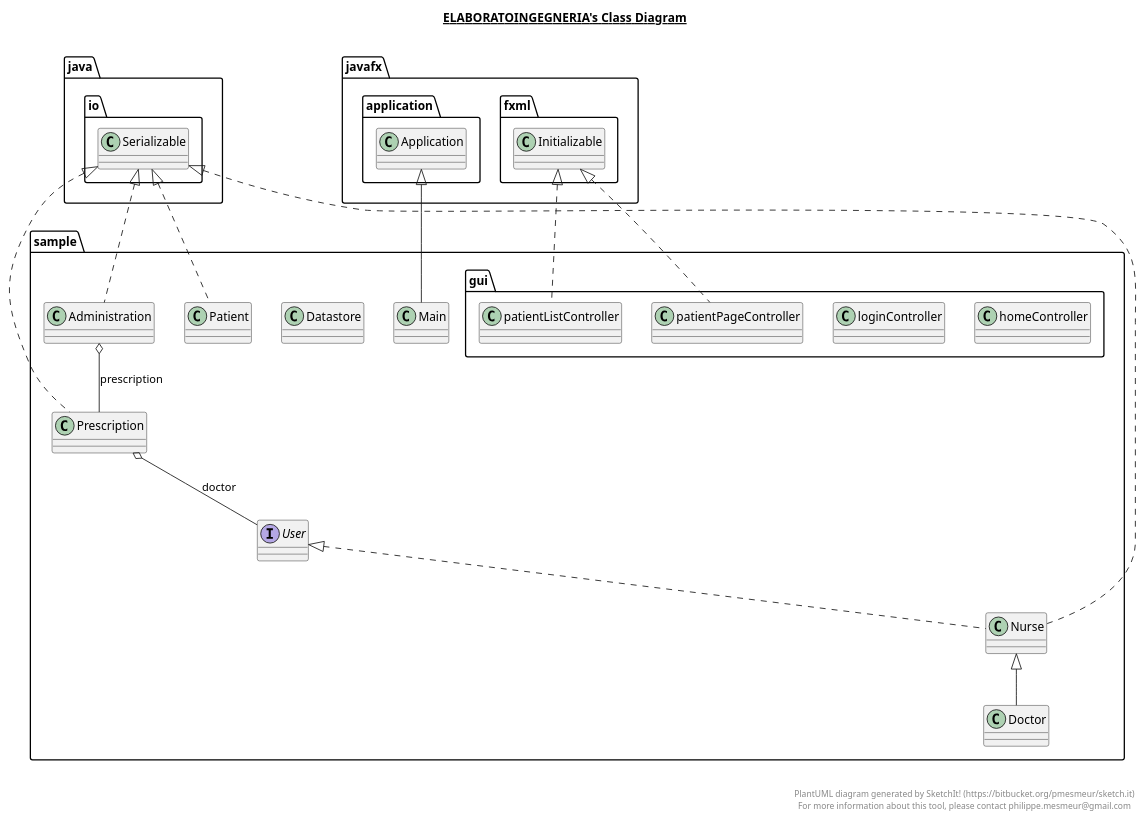
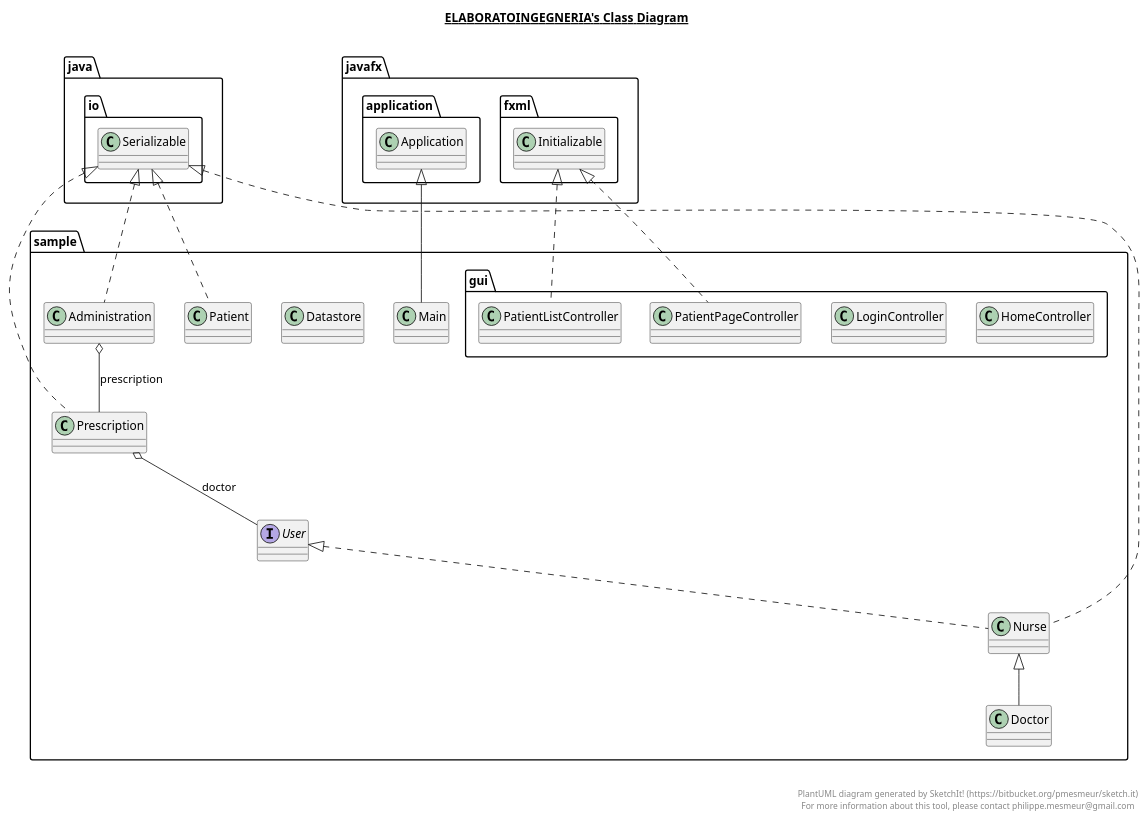
Before and after one commit to AlexPasqua/IntensiveCareManagementSystem: the diagram in ElaboratoIngegneriaDelSoftware.plantuml, drawn with PlantUML. The commit also changed 16 other files, not shown here.

```diff
--- a/ElaboratoIngegneriaDelSoftware.plantuml
+++ b/ElaboratoIngegneriaDelSoftware.plantuml
@@ -1,105 +1,105 @@
 @startuml
 
 title __ELABORATOINGEGNERIA's Class Diagram__\n
 
   namespace sample {
     class sample.Administration {
     }
   }
   
 
   namespace sample {
     class sample.Datastore {
     }
   }
   
 
   namespace sample {
     class sample.Doctor {
     }
   }
   
 
   namespace sample {
     class sample.Main {
     }
   }
   
 
   namespace sample {
     class sample.Nurse {
     }
   }
   
 
   namespace sample {
     class sample.Patient {
     }
   }
   
 
   namespace sample {
     class sample.Prescription {
     }
   }
   
 
   namespace sample {
     interface sample.User {
     }
   }
   
 
   namespace sample {
     namespace gui {
-      class sample.gui.homeController {
+      class sample.gui.HomeController {
       }
     }
   }
   
 
   namespace sample {
     namespace gui {
-      class sample.gui.loginController {
+      class sample.gui.LoginController {
       }
     }
   }
   
 
   namespace sample {
     namespace gui {
-      class sample.gui.patientListController {
+      class sample.gui.PatientListController {
       }
     }
   }
   
 
   namespace sample {
     namespace gui {
-      class sample.gui.patientPageController {
+      class sample.gui.PatientPageController {
       }
     }
   }
   
 
   sample.Administration .up.|> java.io.Serializable
   sample.Administration o-- sample.Prescription : prescription
   sample.Doctor -up-|> sample.Nurse
   sample.Main -up-|> javafx.application.Application
   sample.Nurse .up.|> java.io.Serializable
   sample.Nurse .up.|> sample.User
   sample.Patient .up.|> java.io.Serializable
   sample.Prescription .up.|> java.io.Serializable
   sample.Prescription o-- sample.User : doctor
-  sample.gui.patientListController .up.|> javafx.fxml.Initializable
-  sample.gui.patientPageController .up.|> javafx.fxml.Initializable
+  sample.gui.PatientListController .up.|> javafx.fxml.Initializable
+  sample.gui.PatientPageController .up.|> javafx.fxml.Initializable
 
 
 right footer
 
 
 PlantUML diagram generated by SketchIt! (https://bitbucket.org/pmesmeur/sketch.it)
 For more information about this tool, please contact philippe.mesmeur@gmail.com
 endfooter
 
 @enduml
```
